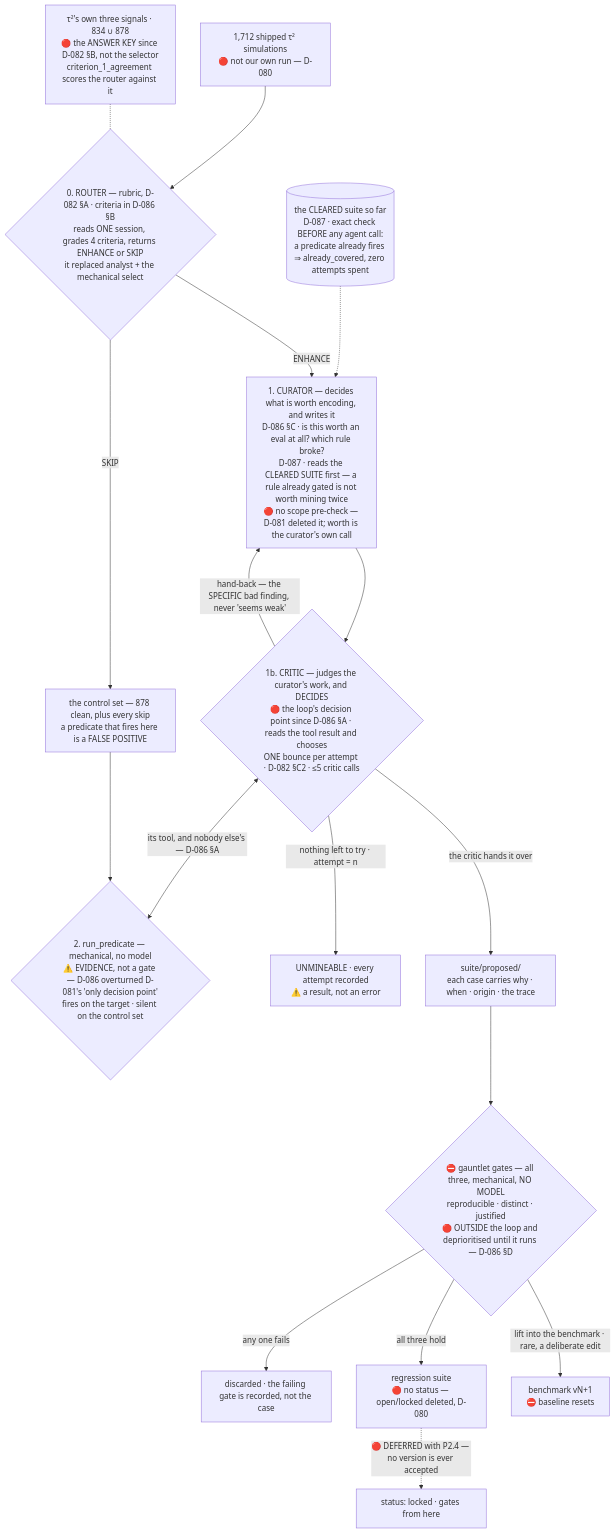
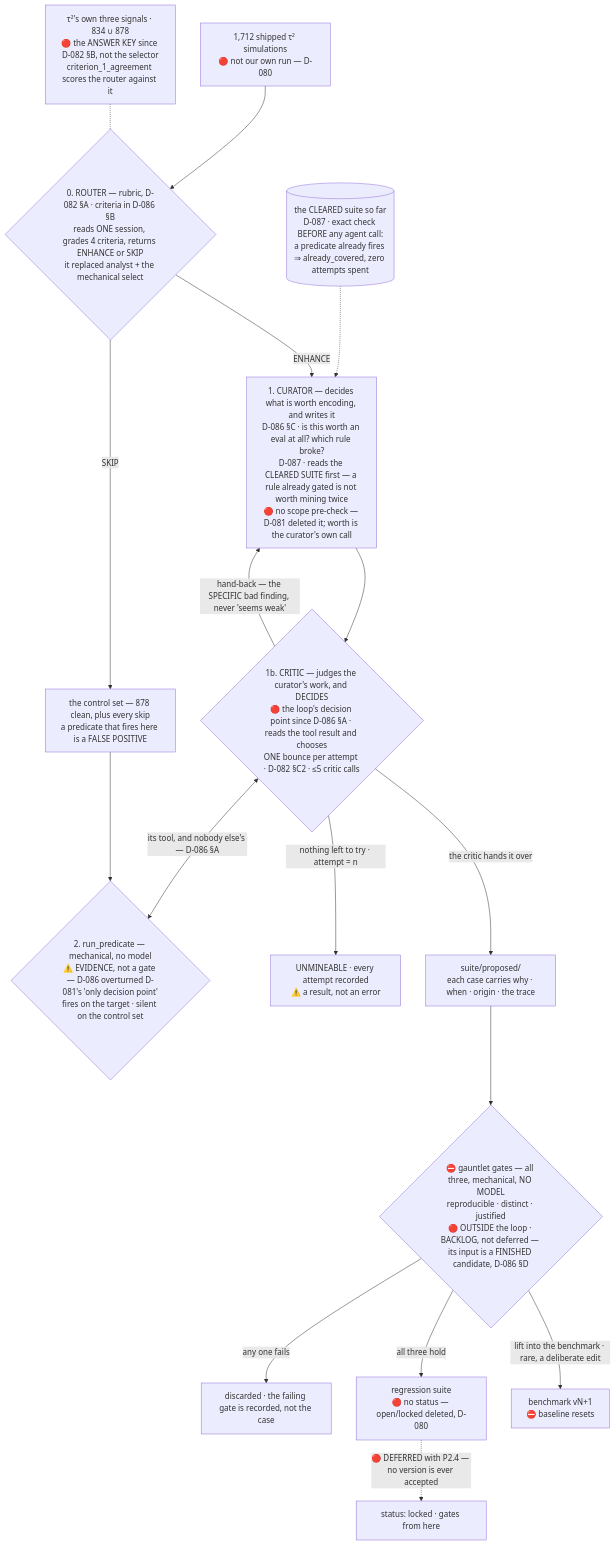
The diagram in docs/02-gates.md (sandeepyadav1478/touchstone), drawn with Mermaid before and after one commit. The commit also changed other lines of this file and 3 other files, not shown here.

First line of the commit message:
The gauntlet is backlog, not deferred -- and the difference is a dependency

````diff
--- a/docs/02-gates.md
+++ b/docs/02-gates.md
@@ -363,19 +363,19 @@
 ```mermaid
 flowchart TB
   SUITE0[("the CLEARED suite so far<br/>D-087 · exact check BEFORE any agent call:<br/>a predicate already fires ⇒ already_covered, zero attempts spent")] -.-> TRANS
   SCORE["1,712 shipped τ² simulations<br/>🔴 not our own run — D-080"] --> ROUTER{"0. ROUTER — rubric, D-082 §A · criteria in D-086 §B<br/>reads ONE session, grades 4 criteria, returns ENHANCE or SKIP<br/>it replaced analyst + the mechanical select"}
   ROUTER -->|SKIP| CLEAN["the control set — 878 clean, plus every skip<br/>a predicate that fires here is a FALSE POSITIVE"]
   KEY["τ²'s own three signals · 834 ∪ 878<br/>🔴 the ANSWER KEY since D-082 §B, not the selector<br/>criterion_1_agreement scores the router against it"] -.- ROUTER
   ROUTER -->|ENHANCE| TRANS["1. CURATOR — decides what is worth encoding, and writes it<br/>D-086 §C · is this worth an eval at all? which rule broke?<br/>D-087 · reads the CLEARED SUITE first — a rule already gated is not worth mining twice<br/>🔴 no scope pre-check — D-081 deleted it; worth is the curator's own call"]
   TRANS --> CRIT{"1b. CRITIC — judges the curator's work, and DECIDES<br/>🔴 the loop's decision point since D-086 §A · reads the tool result and chooses<br/>ONE bounce per attempt · D-082 §C2 · ≤5 critic calls"}
   CRIT <-->|"its tool, and nobody else's — D-086 §A"| TEST{"2. run_predicate — mechanical, no model<br/>⚠️ EVIDENCE, not a gate — D-086 overturned D-081's 'only decision point'<br/>fires on the target · silent on the control set"}
   CLEAN --> TEST
   CRIT -->|"hand-back — the SPECIFIC bad finding, never 'seems weak'"| TRANS
   CRIT -->|"nothing left to try · attempt = n"| UNM["UNMINEABLE · every attempt recorded<br/>⚠️ a result, not an error"]
   CRIT -->|"the critic hands it over"| PROP["suite/proposed/<br/>each case carries why · when · origin · the trace"]
-  PROP --> GAUNTLET{"⛔ gauntlet gates — all three, mechanical, NO MODEL<br/>reproducible · distinct · justified<br/>🔴 OUTSIDE the loop and deprioritised until it runs — D-086 §D"}
+  PROP --> GAUNTLET{"⛔ gauntlet gates — all three, mechanical, NO MODEL<br/>reproducible · distinct · justified<br/>🔴 OUTSIDE the loop · BACKLOG, not deferred — its input is a FINISHED candidate, D-086 §D"}
   GAUNTLET -->|any one fails| DROP["discarded · the failing gate is recorded, not the case"]
   GAUNTLET -->|all three hold| REG["regression suite<br/>🔴 no status — open/locked deleted, D-080"]
   REG -.->|"🔴 DEFERRED with P2.4 — no version is ever accepted"| LOCK["status: locked · gates from here"]
   GAUNTLET -->|"lift into the benchmark · rare, a deliberate edit"| BENCH["benchmark vN+1<br/>⛔ baseline resets"]
 ```
````
